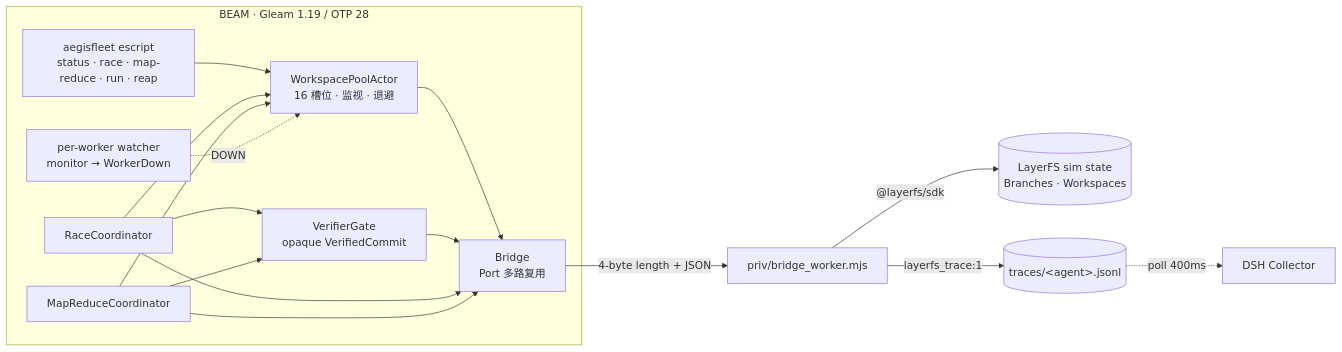
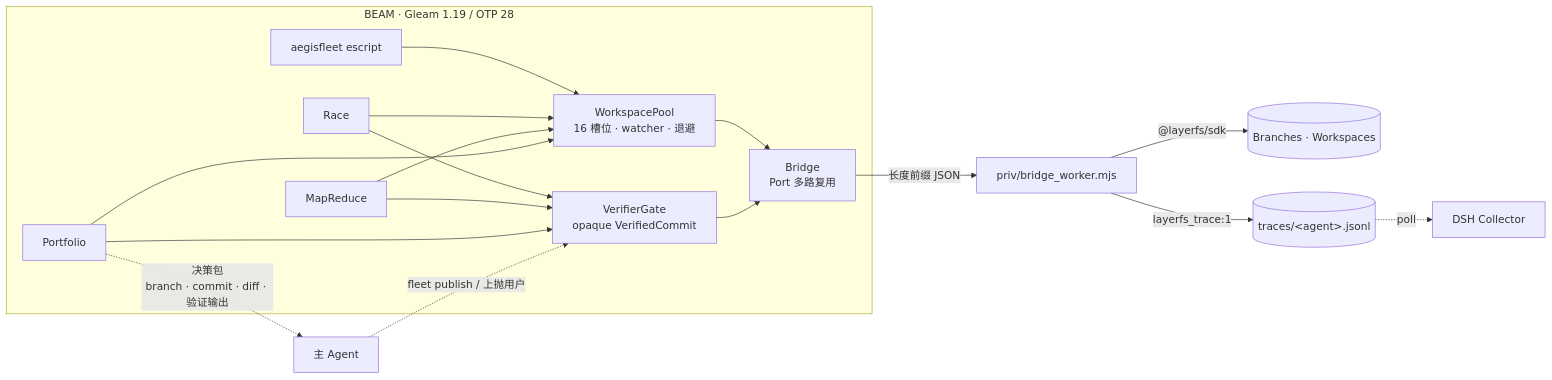
One commit to hzy-hits/PrismFS changed the diagram in README.md. Above: the diagram before and after it, drawn with Mermaid. The commit also changed other lines of this file and 10 other files, not shown here.

First line of the commit message:
Main agent decides: no topology auto-publishes

````diff
--- a/README.md
+++ b/README.md
@@ -43,28 +50,28 @@
 ```mermaid
 flowchart LR
     subgraph BEAM["BEAM · Gleam 1.19 / OTP 28"]
-        CLI["aegisfleet escript<br/>status · race · map-reduce · run · reap"]
-        BPool["WorkspacePoolActor<br/>16 槽位 · 监视 · 退避"]
+        CLI["aegisfleet escript"]
+        Pool["WorkspacePool<br/>16 槽位 · watcher · 退避"]
         Gate["VerifierGate<br/>opaque VerifiedCommit"]
-        Race["RaceCoordinator"]
-        MR["MapReduceCoordinator"]
+        Race["Race"]
+        MR["MapReduce"]
+        PF["Portfolio"]
         Bridge["Bridge<br/>Port 多路复用"]
-        Watcher["per-worker watcher<br/>monitor → WorkerDown"]
     end
 
-    CLI --> BPool
-    Race --> BPool
+    CLI --> Pool
+    Race --> Pool
     Race --> Gate
-    MR --> BPool
+    MR --> Pool
     MR --> Gate
-    BPool --> Bridge
+    PF --> Pool
+    PF --> Gate
+    Pool --> Bridge
     Gate --> Bridge
-    Race --> Bridge
-    MR --> Bridge
-    Watcher -. "DOWN" .-> BPool
-
-    Bridge -- "4-byte length + JSON" --> Node["priv/bridge_worker.mjs"]
-    Node -- "@layerfs/sdk" --> Sim[("LayerFS sim state<br/>Branches · Workspaces")]
+    Bridge -- "长度前缀 JSON" --> Node["priv/bridge_worker.mjs"]
+    Node -- "@layerfs/sdk" --> Sim[("Branches · Workspaces")]
     Node -- "layerfs_trace:1" --> Trace[("traces/&lt;agent&gt;.jsonl")]
-    Trace -. "poll 400ms" .-> Collector["DSH Collector"]
+    Trace -. "poll" .-> Collector["DSH Collector"]
+    PF -. "决策包<br/>branch · commit · diff · 验证输出" .-> Main["主 Agent"]
+    Main -. "fleet publish / 上抛用户" .-> Gate
 ```
````
